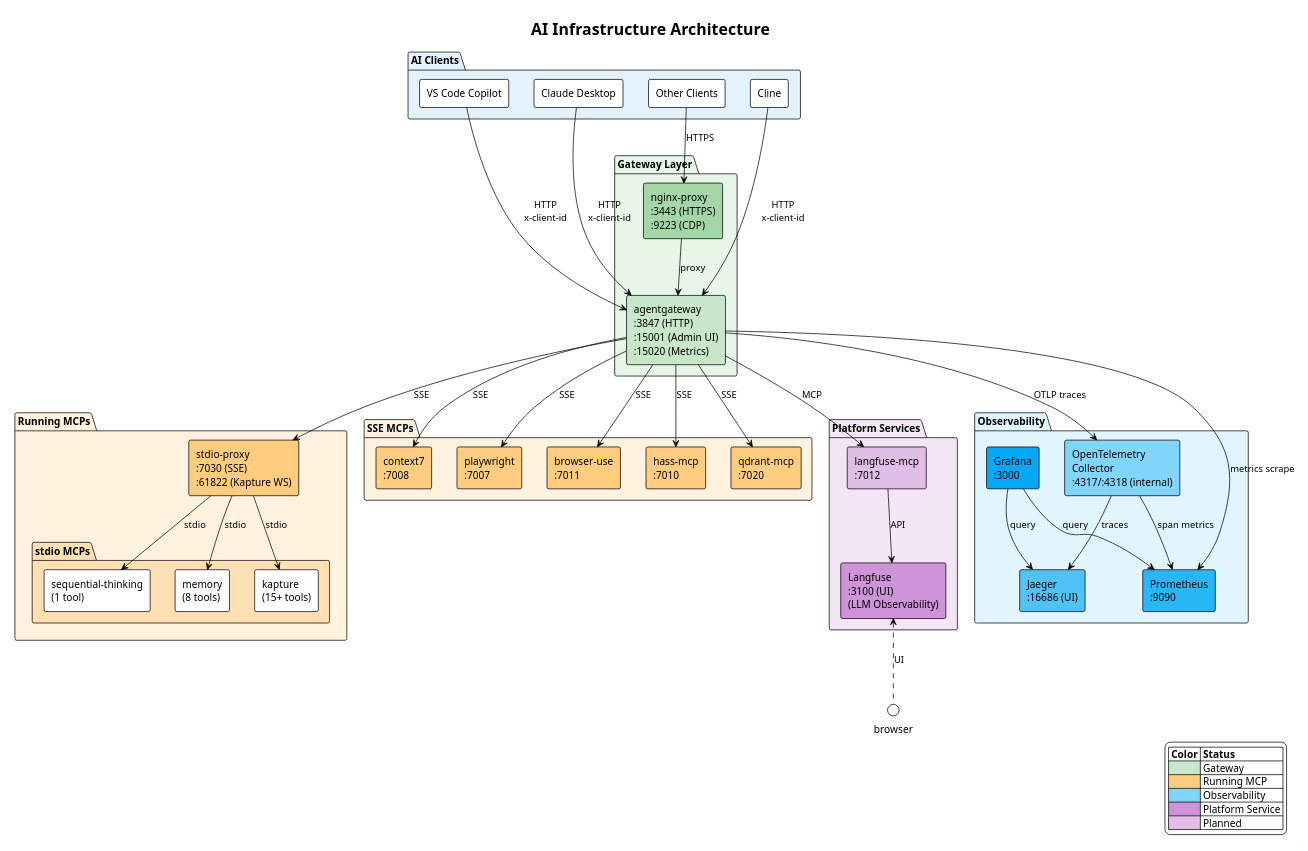
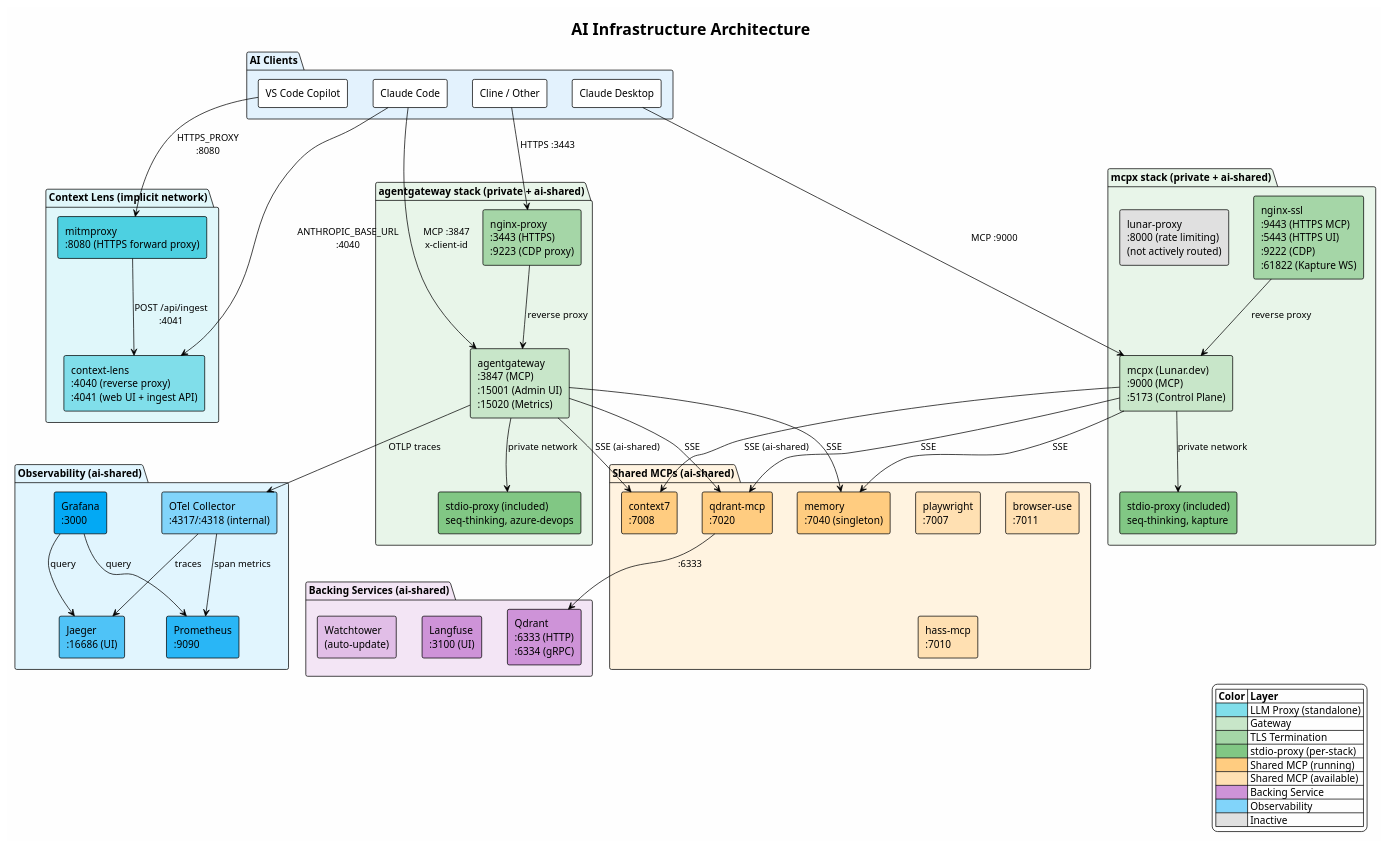
One commit to bobthearsonist/ai-infrastructure changed the diagram in README.md. Above: the diagram before and after it, drawn with PlantUML. The commit also changed other lines of this file, not shown here.

First line of the commit message:
docs: update architecture diagram, status tables, ports, networks, and quick start

```diff
--- a/README.md
+++ b/README.md
@@ -19,98 +19,106 @@
 
 ' === AI Clients ===
 package "AI Clients" as clients #E3F2FD {
+  [Claude Code] as claude_code
   [VS Code Copilot] as vscode
   [Claude Desktop] as claude
-  [Cline] as cline
-  [Other Clients] as other
+  [Cline / Other] as other
 }
 
-' === Gateway Layer ===
-package "Gateway Layer" as gateway_layer #E8F5E9 {
-  component "agentgateway\n:3847 (HTTP)\n:15001 (Admin UI)\n:15020 (Metrics)" as agentgateway #C8E6C9
-  component "nginx-proxy\n:3443 (HTTPS)\n:9223 (CDP)" as nginx #A5D6A7
+' === LLM Proxy (standalone, implicit default network) ===
+package "Context Lens (implicit network)" as cl_stack #E0F7FA {
+  component "context-lens\n:4040 (reverse proxy)\n:4041 (web UI + ingest API)" as context_lens #80DEEA
+  component "mitmproxy\n:8080 (HTTPS forward proxy)" as mitmproxy #4DD0E1
 }
 
-' === MCP Backends - Currently Running ===
-package "Running MCPs" as running #FFF3E0 {
-  component "stdio-proxy\n:7030 (SSE)\n:61822 (Kapture WS)" as stdio_proxy #FFCC80
-
-  package "stdio MCPs" as stdio_mcps #FFE0B2 {
-    [sequential-thinking\n(1 tool)] as seq_think
-    [memory\n(8 tools)] as memory
-    [kapture\n(15+ tools)] as kapture_mcp
-  }
+' === Gateway Stacks (each has private default + ai-shared) ===
+package "agentgateway stack (private + ai-shared)" as ag_stack #E8F5E9 {
+  component "agentgateway\n:3847 (MCP)\n:15001 (Admin UI)\n:15020 (Metrics)" as agentgateway #C8E6C9
+  component "nginx-proxy\n:3443 (HTTPS)\n:9223 (CDP proxy)" as ag_nginx #A5D6A7
+  component "stdio-proxy (included)\nseq-thinking, azure-devops" as ag_stdio #81C784
 }
 
-' === SSE-based MCPs - Running ===
-package "SSE MCPs" as sse_mcps #FFF3E0 {
-  [context7\n:7008] as context7 #FFCC80
-  [playwright\n:7007] as playwright #FFCC80
-  [browser-use\n:7011] as browser_use #FFCC80
-  [hass-mcp\n:7010] as hass_mcp #FFCC80
-  [qdrant-mcp\n:7020] as qdrant_mcp #FFCC80
+package "mcpx stack (private + ai-shared)" as mcpx_stack #E8F5E9 {
+  component "mcpx (Lunar.dev)\n:9000 (MCP)\n:5173 (Control Plane)" as mcpx #C8E6C9
+  component "nginx-ssl\n:9443 (HTTPS MCP)\n:5443 (HTTPS UI)\n:9222 (CDP)\n:61822 (Kapture WS)" as mcpx_nginx #A5D6A7
+  component "stdio-proxy (included)\nseq-thinking, kapture" as mcpx_stdio #81C784
+  component "lunar-proxy\n:8000 (rate limiting)\n(not actively routed)" as lunar #E0E0E0
 }
 
-' === Platform Services ===
-package "Platform Services" as platform #F3E5F5 {
-  [Langfuse\n:3100 (UI)\n(LLM Observability)] as langfuse #CE93D8
-  [langfuse-mcp\n:7012] as langfuse_mcp #E1BEE7
+' === Shared MCPs (ai-shared network) ===
+package "Shared MCPs (ai-shared)" as shared_mcps #FFF3E0 {
+  [context7\n:7008] as context7 #FFCC80
+  [qdrant-mcp\n:7020] as qdrant_mcp #FFCC80
+  [memory\n:7040 (singleton)] as memory #FFCC80
+  [playwright\n:7007] as playwright #FFE0B2
+  [browser-use\n:7011] as browser_use #FFE0B2
+  [hass-mcp\n:7010] as hass_mcp #FFE0B2
 }
 
-' === Observability Stack ===
-package "Observability" as observability #E1F5FE {
-  component "OpenTelemetry\nCollector\n:4317/:4318 (internal)" as otel #81D4FA
+' === Backing Services ===
+package "Backing Services (ai-shared)" as backing #F3E5F5 {
+  [Qdrant\n:6333 (HTTP)\n:6334 (gRPC)] as qdrant #CE93D8
+  [Langfuse\n:3100 (UI)] as langfuse #CE93D8
+  [Watchtower\n(auto-update)] as watchtower #E1BEE7
+}
+
+' === Observability ===
+package "Observability (ai-shared)" as observability #E1F5FE {
+  component "OTel Collector\n:4317/:4318 (internal)" as otel #81D4FA
   component "Jaeger\n:16686 (UI)" as jaeger #4FC3F7
   component "Prometheus\n:9090" as prometheus #29B6F6
   component "Grafana\n:3000" as grafana #03A9F4
 }
 
 ' === Connections ===
-' Clients to Gateway
-vscode --> agentgateway : HTTP\nx-client-id
-claude --> agentgateway : HTTP\nx-client-id
-cline --> agentgateway : HTTP\nx-client-id
-other --> nginx : HTTPS
+' Clients to Context Lens
+claude_code --> context_lens : ANTHROPIC_BASE_URL\n:4040
+vscode --> mitmproxy : HTTPS_PROXY\n:8080
+mitmproxy --> context_lens : POST /api/ingest\n:4041
 
-' nginx to agentgateway
-nginx --> agentgateway : proxy
+' Clients to Gateways
+claude_code --> agentgateway : MCP :3847\nx-client-id
+claude --> mcpx : MCP :9000
+other --> ag_nginx : HTTPS :3443
 
-' agentgateway to MCPs
-agentgateway --> stdio_proxy : SSE
-agentgateway --> context7 : SSE
-agentgateway --> playwright : SSE
-agentgateway --> browser_use : SSE
-agentgateway --> hass_mcp : SSE
+' TLS proxies
+ag_nginx --> agentgateway : reverse proxy
+mcpx_nginx --> mcpx : reverse proxy
+
+' Gateways to private stdio-proxies
+agentgateway --> ag_stdio : private network
+mcpx --> mcpx_stdio : private network
+
+' Gateways to shared MCPs (via ai-shared)
+agentgateway --> context7 : SSE (ai-shared)
 agentgateway --> qdrant_mcp : SSE
-agentgateway --> langfuse_mcp : MCP
+agentgateway --> memory : SSE
+mcpx --> context7 : SSE (ai-shared)
+mcpx --> qdrant_mcp : SSE
+mcpx --> memory : SSE
 
-' stdio-proxy to stdio MCPs
-stdio_proxy --> seq_think : stdio
-stdio_proxy --> memory : stdio
-stdio_proxy --> kapture_mcp : stdio
+' Backing
+qdrant_mcp --> qdrant : :6333
 
-' Langfuse MCP to Langfuse platform
-langfuse_mcp --> langfuse : API
-
-' Browser to Langfuse
-browser .up.> langfuse : UI
-
-' Observability connections
+' Observability
 agentgateway --> otel : OTLP traces
 otel --> jaeger : traces
 otel --> prometheus : span metrics
-agentgateway --> prometheus : metrics scrape
 grafana --> prometheus : query
 grafana --> jaeger : query
 
 ' Legend
 legend right
-  |= Color |= Status |
+  |= Color |= Layer |
+  | <#80DEEA> | LLM Proxy (standalone) |
   | <#C8E6C9> | Gateway |
-  | <#FFCC80> | Running MCP |
+  | <#A5D6A7> | TLS Termination |
+  | <#81C784> | stdio-proxy (per-stack) |
+  | <#FFCC80> | Shared MCP (running) |
+  | <#FFE0B2> | Shared MCP (available) |
+  | <#CE93D8> | Backing Service |
   | <#81D4FA> | Observability |
-  | <#CE93D8> | Platform Service |
-  | <#E1BEE7> | Planned |
+  | <#E0E0E0> | Inactive |
 endlegend
 
 @enduml
```
